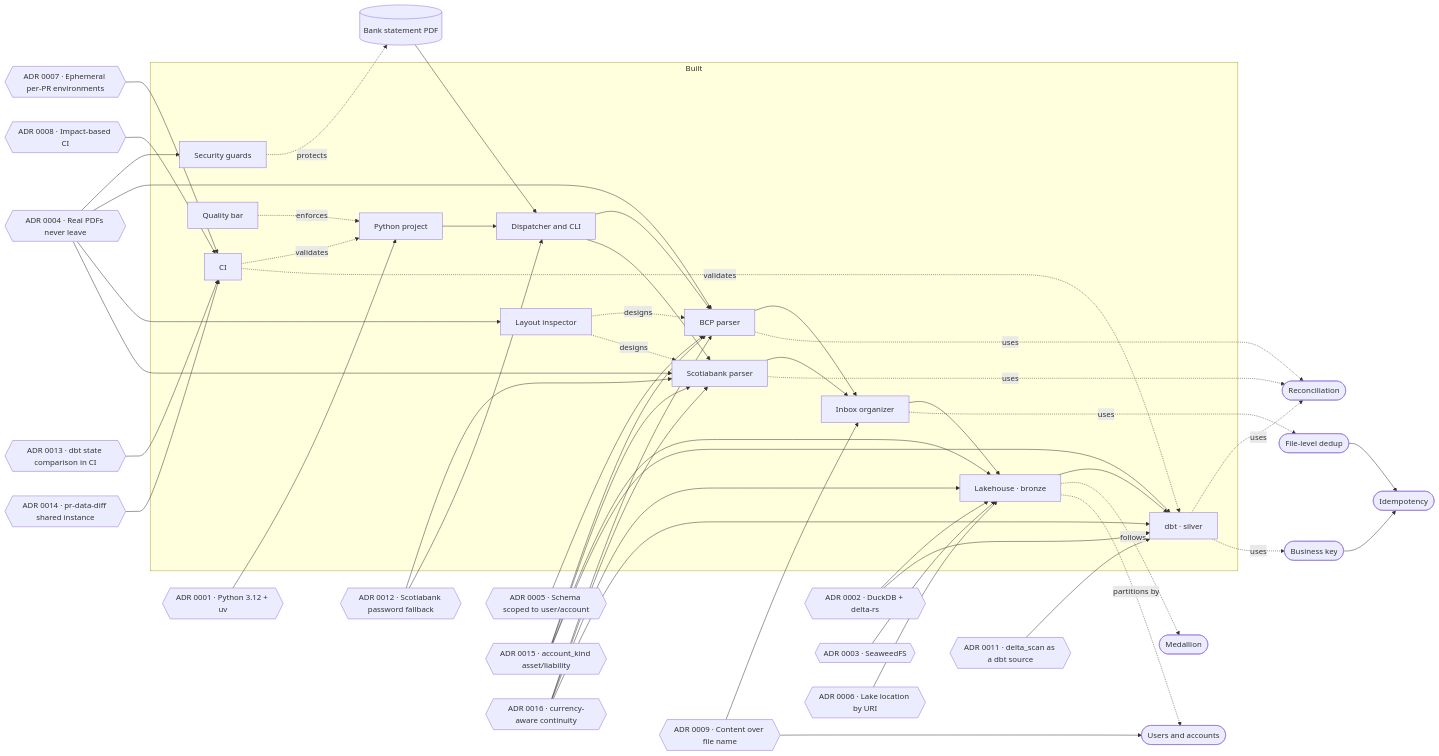
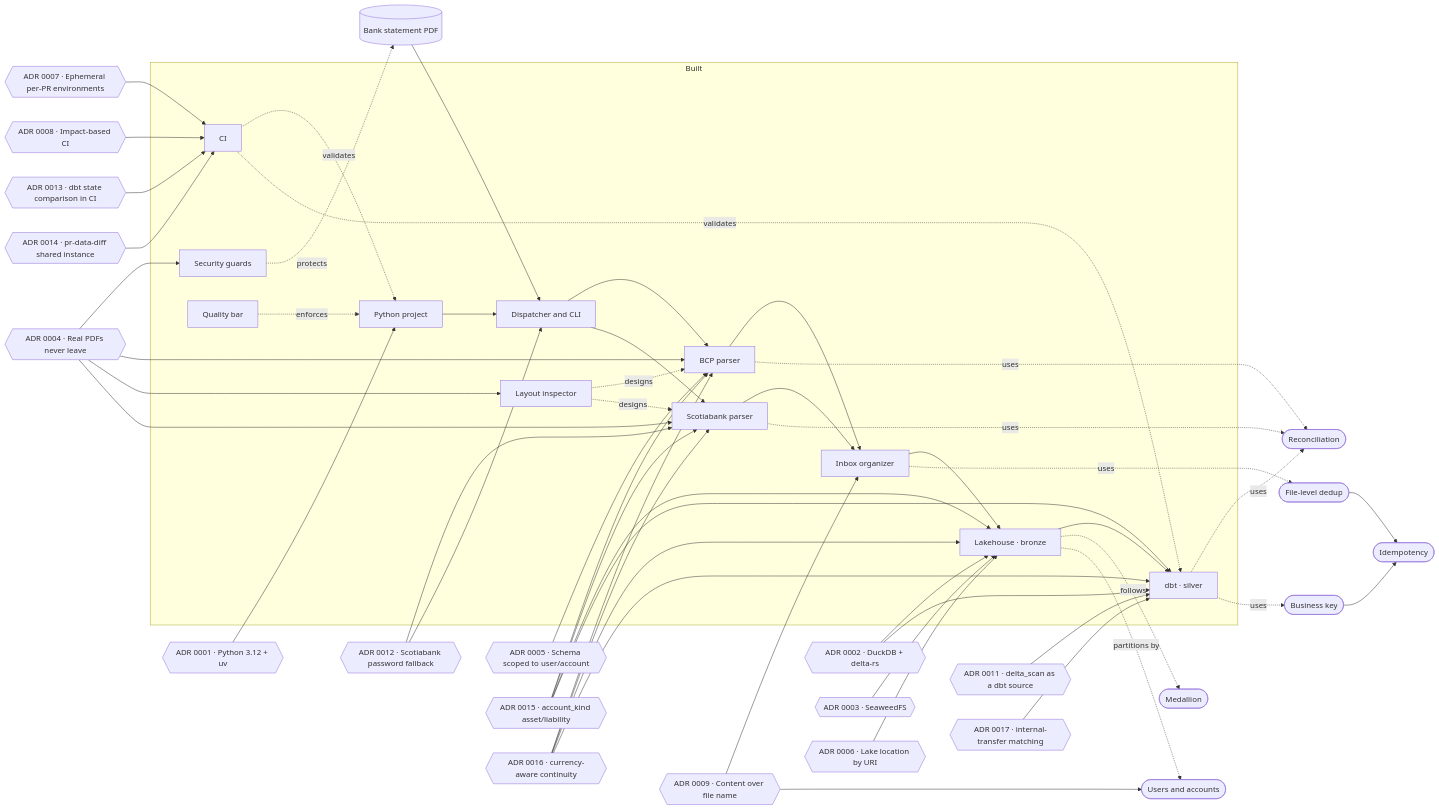
Before and after one commit to PieroRios2000/personal-finance-platform: the diagram in brain/README.md, drawn with Mermaid. The commit also changed other lines of this file and 4 other files, not shown here.

First line of the commit message:
docs: ADR 0017 and brain updates for internal-transfer matching (T18b)

````diff
--- a/brain/README.md
+++ b/brain/README.md
@@ -12,66 +12,67 @@
 ```mermaid
 flowchart LR
     PDF[("Bank statement PDF")]
 
     subgraph built["Built"]
         GS["Security guards"]
         PY["Python project"]
         CI["CI"]
         INS["Layout inspector"]
         CAL["Quality bar"]
         CLID["Dispatcher and CLI"]
         BCP["BCP parser"]
         SCOTIA["Scotiabank parser"]
         ORG["Inbox organizer"]
         LAKE["Lakehouse · bronze"]
         DBT["dbt · silver"]
     end
 
     PDF --> CLID --> BCP --> ORG --> LAKE --> DBT
     CLID --> SCOTIA --> ORG
     PY --> CLID
     CI -. validates .-> PY
     GS -. protects .-> PDF
     INS -. designs .-> BCP
     INS -. designs .-> SCOTIA
     CAL -. enforces .-> PY
 
     BCP -. uses .-> REC(["Reconciliation"])
     SCOTIA -. uses .-> REC
     ORG -. uses .-> DED(["File-level dedup"])
     LAKE -. follows .-> MED(["Medallion"])
     LAKE -. partitions by .-> UA(["Users and accounts"])
     DBT -. uses .-> REC
     DBT -. uses .-> BK(["Business key"])
     DED --> IDE(["Idempotency"])
     BK --> IDE
 
     A1{{"ADR 0001 · Python 3.12 + uv"}} --> PY
     A2{{"ADR 0002 · DuckDB + delta-rs"}} --> LAKE
     A2 --> DBT
     A3{{"ADR 0003 · SeaweedFS"}} --> LAKE
     A4{{"ADR 0004 · Real PDFs never leave"}} --> GS
     A4 --> BCP
     A4 --> INS
     A4 --> SCOTIA
     A5{{"ADR 0005 · Schema scoped to user/account"}} --> BCP
     A6{{"ADR 0006 · Lake location by URI"}} --> LAKE
     A9{{"ADR 0009 · Content over file name"}} --> ORG
     A9 --> UA
     A11{{"ADR 0011 · delta_scan as a dbt source"}} --> DBT
     A7{{"ADR 0007 · Ephemeral per-PR environments"}} --> CI
     A8{{"ADR 0008 · Impact-based CI"}} --> CI
     A13{{"ADR 0013 · dbt state comparison in CI"}} --> CI
     A14{{"ADR 0014 · pr-data-diff shared instance"}} --> CI
     CI -. validates .-> DBT
     A12{{"ADR 0012 · Scotiabank password fallback"}} --> SCOTIA
     A12 --> CLID
     A15{{"ADR 0015 · account_kind asset/liability"}} --> BCP
     A15 --> SCOTIA
     A15 --> LAKE
     A15 --> DBT
     A16{{"ADR 0016 · currency-aware continuity"}} --> BCP
     A16 --> SCOTIA
     A16 --> LAKE
     A16 --> DBT
+    A17{{"ADR 0017 · internal-transfer matching"}} --> DBT
 ```
````
